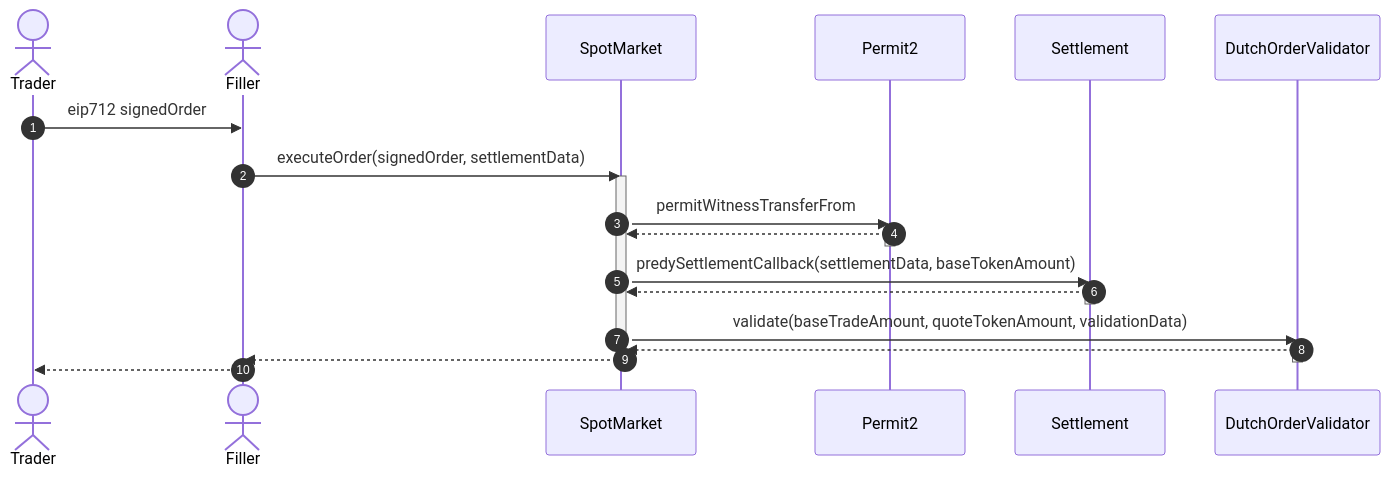
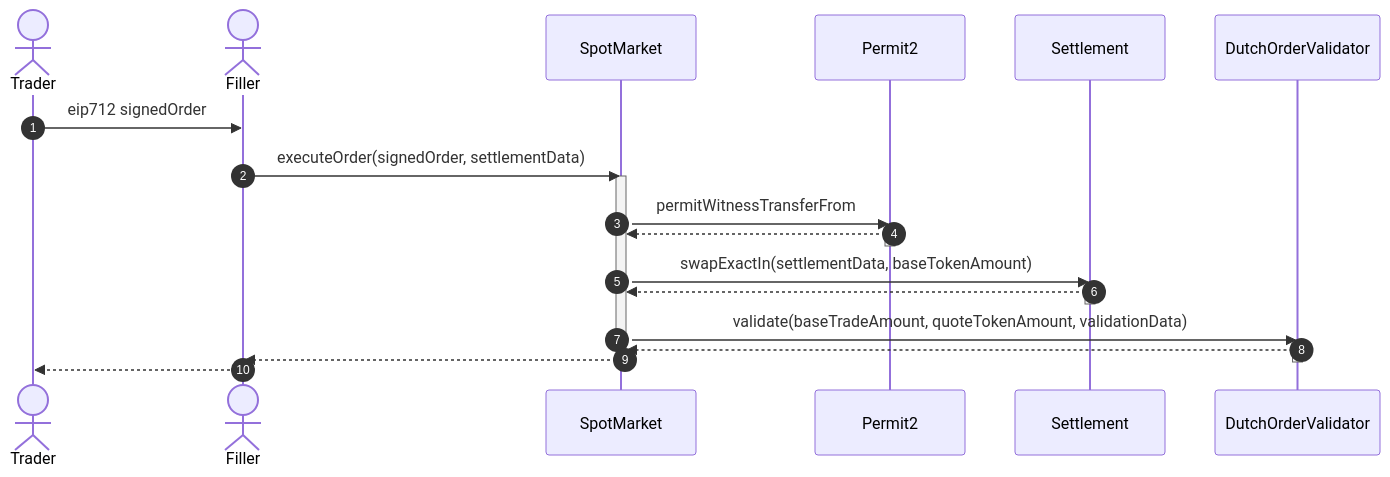
Before and after one commit to predyprotocol/predyx: the third of 3 diagrams in README.md, drawn with Mermaid. The commit also changed other lines of this file and 65 other files, not shown here.

````diff
--- a/README.md
+++ b/README.md
@@ -89,24 +93,24 @@
 ```mermaid
 sequenceDiagram
 autonumber
   actor Trader
   actor Filler
   Trader->>Filler: eip712 signedOrder
   Filler ->> SpotMarket: executeOrder(signedOrder, settlementData)
   activate SpotMarket
   SpotMarket ->> Permit2: permitWitnessTransferFrom
   activate Permit2
   Permit2 -->> SpotMarket: 
   deactivate Permit2
-  SpotMarket ->> Settlement: predySettlementCallback(settlementData, baseTokenAmount)
+  SpotMarket ->> Settlement: swapExactIn(settlementData, baseTokenAmount)
   activate Settlement
   Settlement -->> SpotMarket: 
   deactivate Settlement
   SpotMarket ->> DutchOrderValidator: validate(baseTradeAmount, quoteTokenAmount, validationData)
   activate DutchOrderValidator
   DutchOrderValidator -->> SpotMarket: 
   deactivate DutchOrderValidator
   SpotMarket -->> Filler: 
   deactivate SpotMarket
   Filler-->>Trader: 
 ```
````
